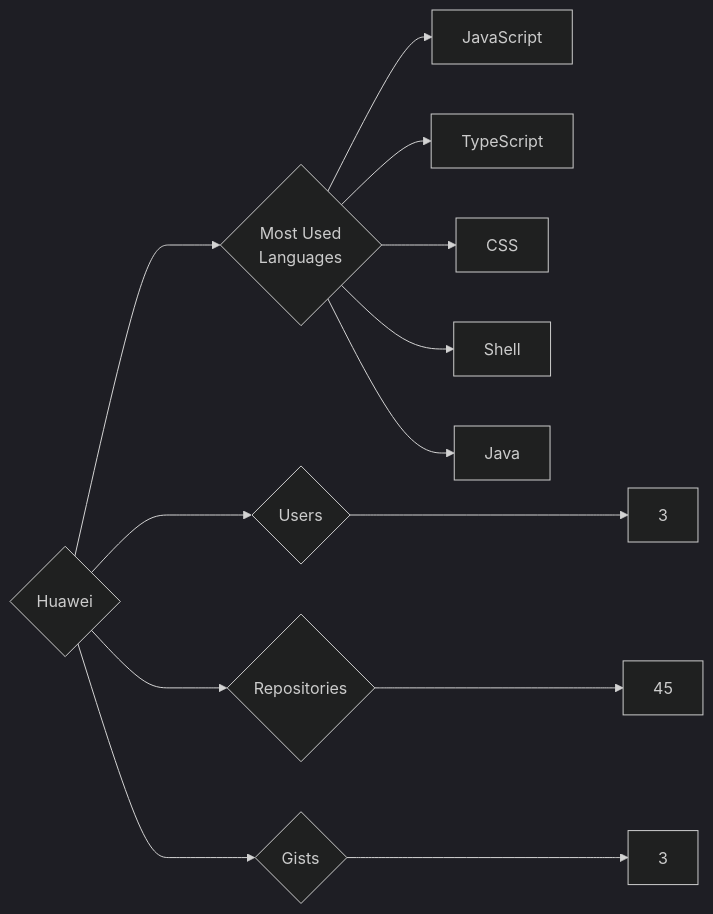
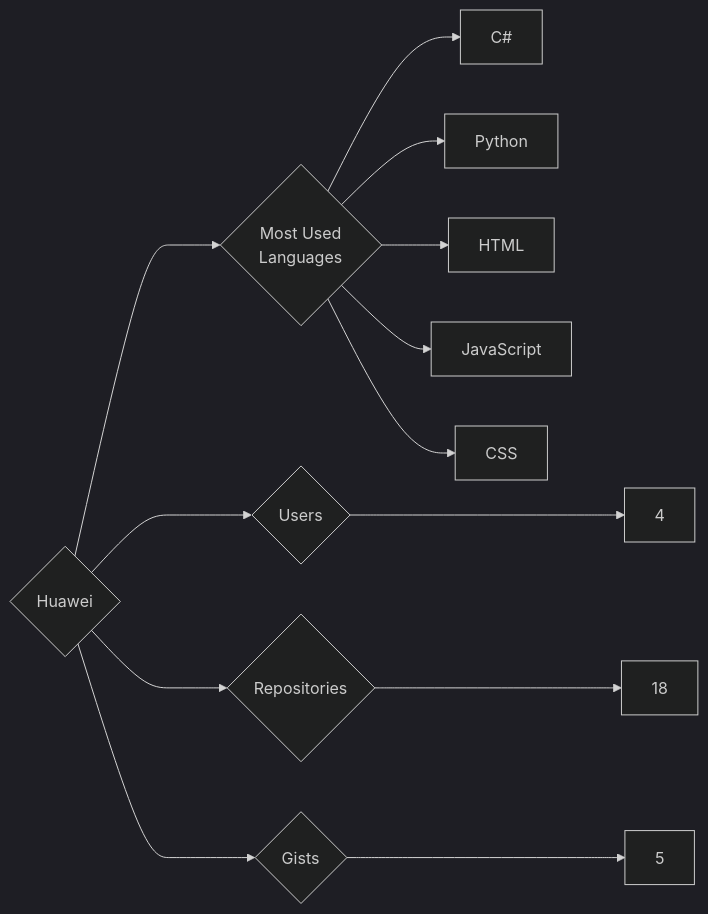
The diagram in targets/Huawei/README.md (trickest/insiders), drawn with Mermaid (dark theme) before and after one commit. The commit also changed 985 other files, not shown here.

````diff
--- a/targets/Huawei/README.md
+++ b/targets/Huawei/README.md
@@ -3,13 +3,13 @@
 ```mermaid
 graph LR
 COMPANY_NAME{Huawei}
-COMPANY_NAME ---> U{Users} ---> UN[3]
-COMPANY_NAME ---> R{Repositories} ---> RN[45]
-COMPANY_NAME ---> G{Gists} ---> GN[3]
+COMPANY_NAME ---> U{Users} ---> UN[4]
+COMPANY_NAME ---> R{Repositories} ---> RN[18]
+COMPANY_NAME ---> G{Gists} ---> GN[5]
 COMPANY_NAME ---> ML{Most Used<br>Languages}
+ML --> C#[C#]
+ML --> Python[Python]
+ML --> HTML[HTML]
 ML --> JavaScript[JavaScript]
-ML --> TypeScript[TypeScript]
 ML --> CSS[CSS]
-ML --> Shell[Shell]
-ML --> Java[Java]
 ```
````
